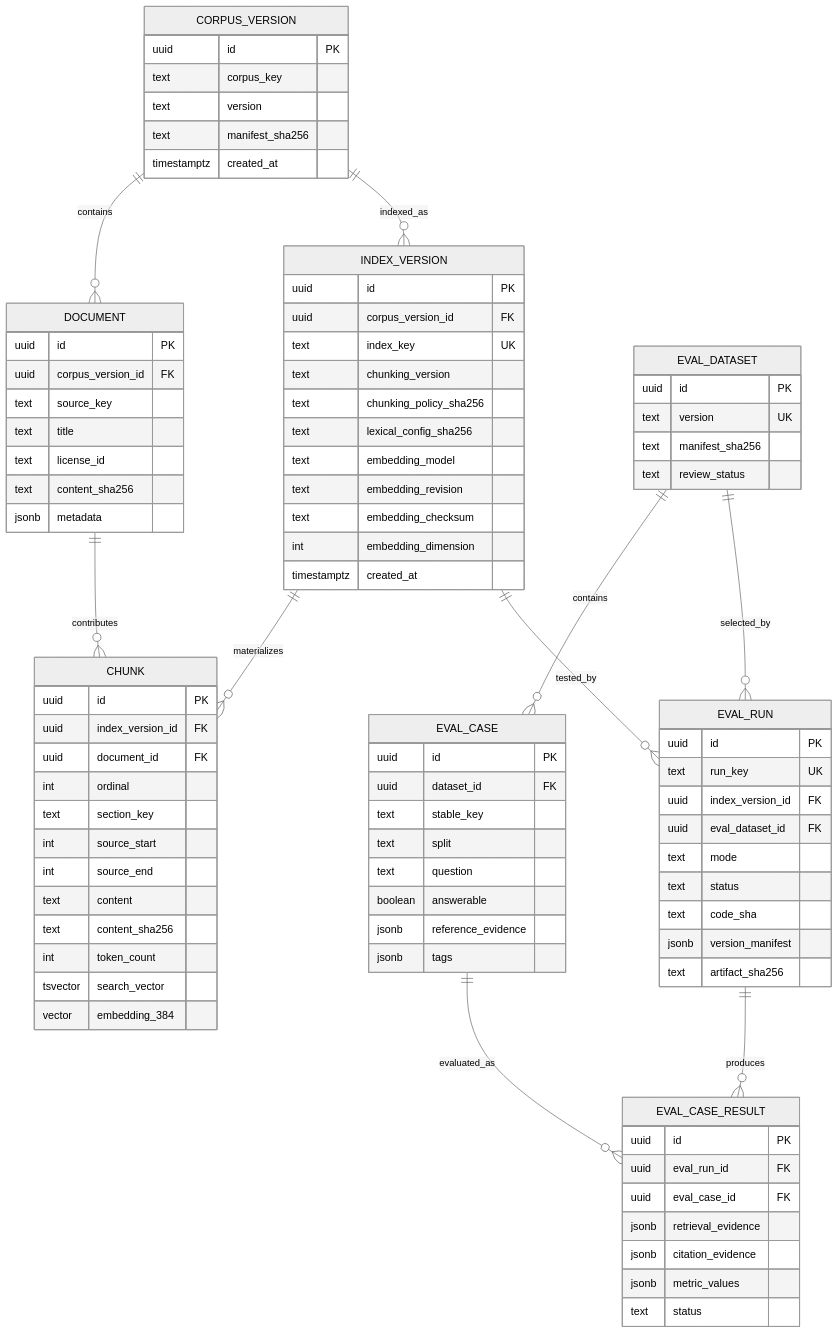
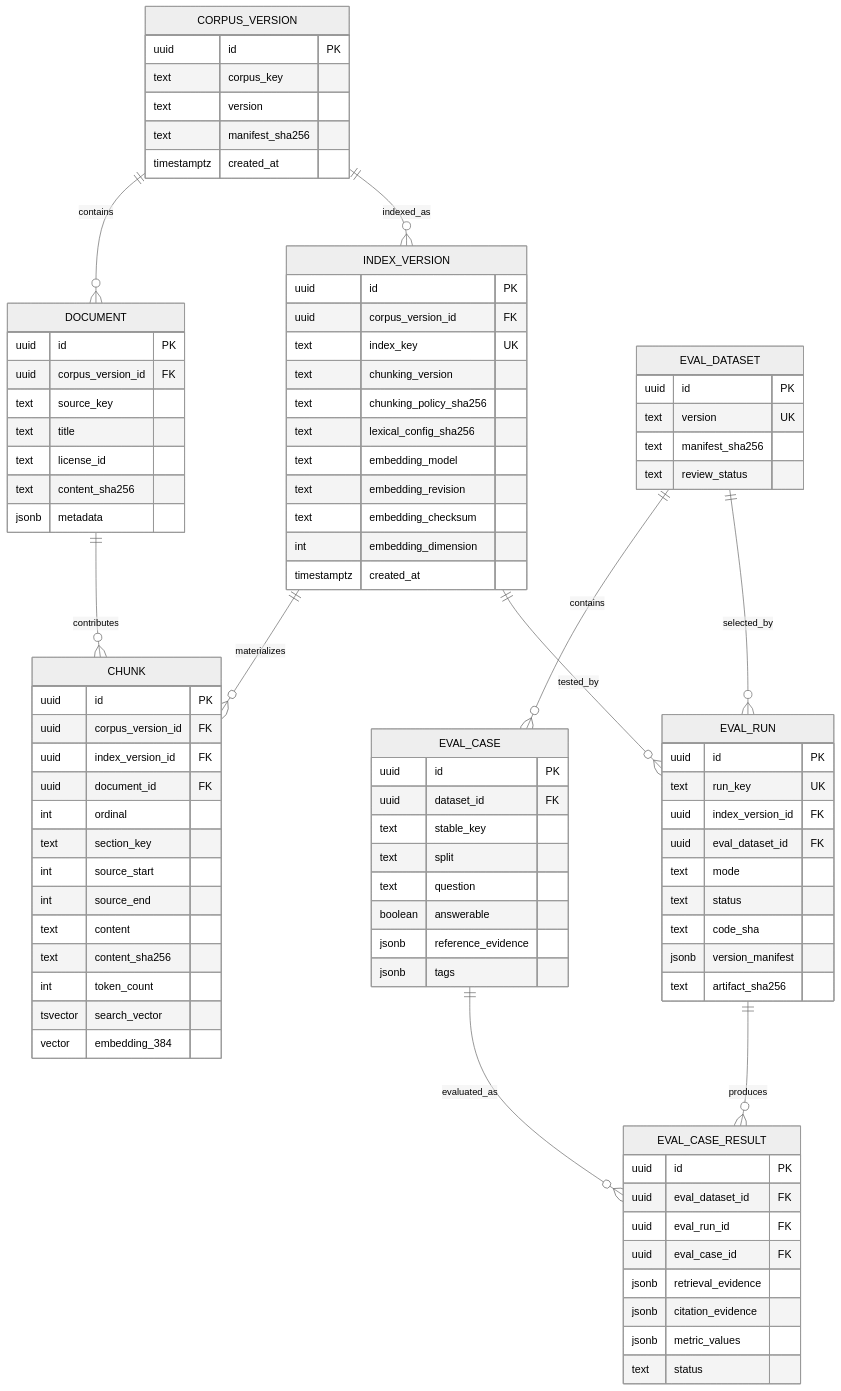
Before and after one commit to waelantar/evalgate: the sixth of 8 diagrams in BLUEPRINT.md, drawn with Mermaid (neutral theme). The commit also changed other lines of this file and 29 other files, not shown here.

Commit message:
feat: add PostgreSQL foundation schema

```diff
--- a/BLUEPRINT.md
+++ b/BLUEPRINT.md
@@ -426,6 +426,7 @@
     }
     CHUNK {
         uuid id PK
+        uuid corpus_version_id FK
         uuid index_version_id FK
         uuid document_id FK
         int ordinal
@@ -467,6 +468,7 @@
     }
     EVAL_CASE_RESULT {
         uuid id PK
+        uuid eval_dataset_id FK
         uuid eval_run_id FK
         uuid eval_case_id FK
         jsonb retrieval_evidence
```
